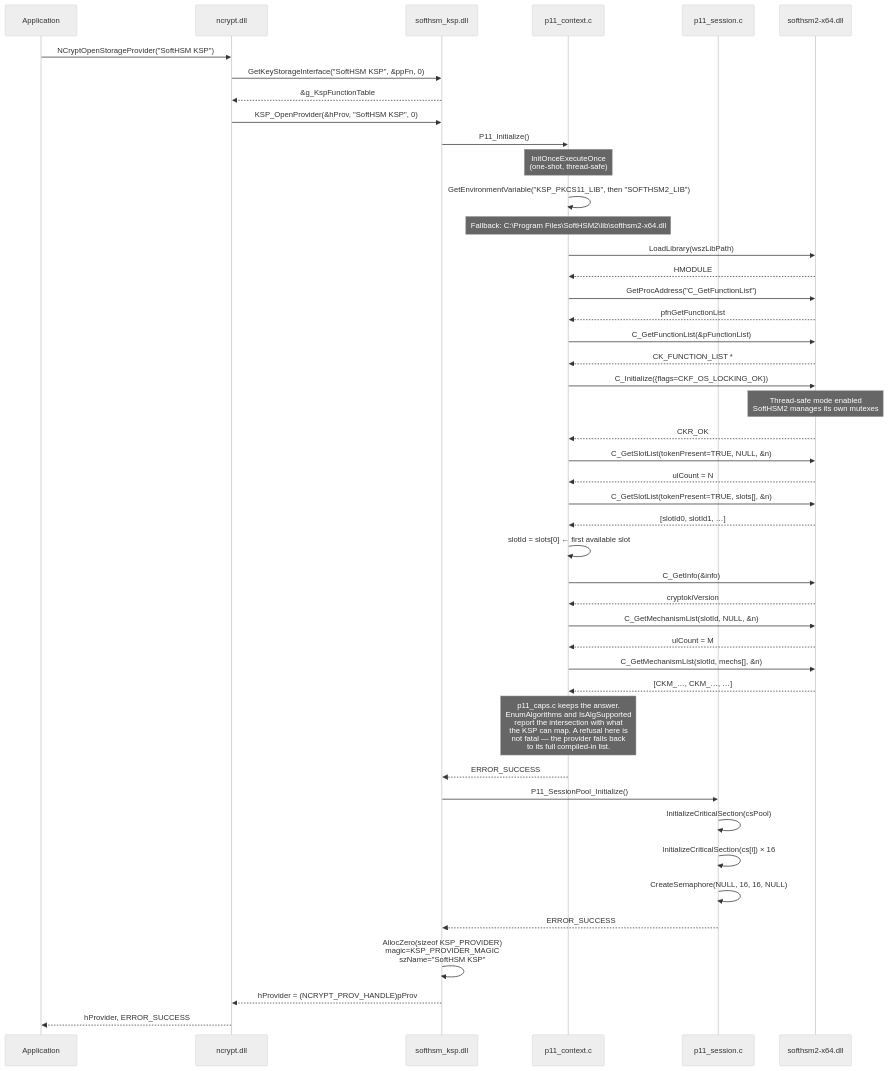
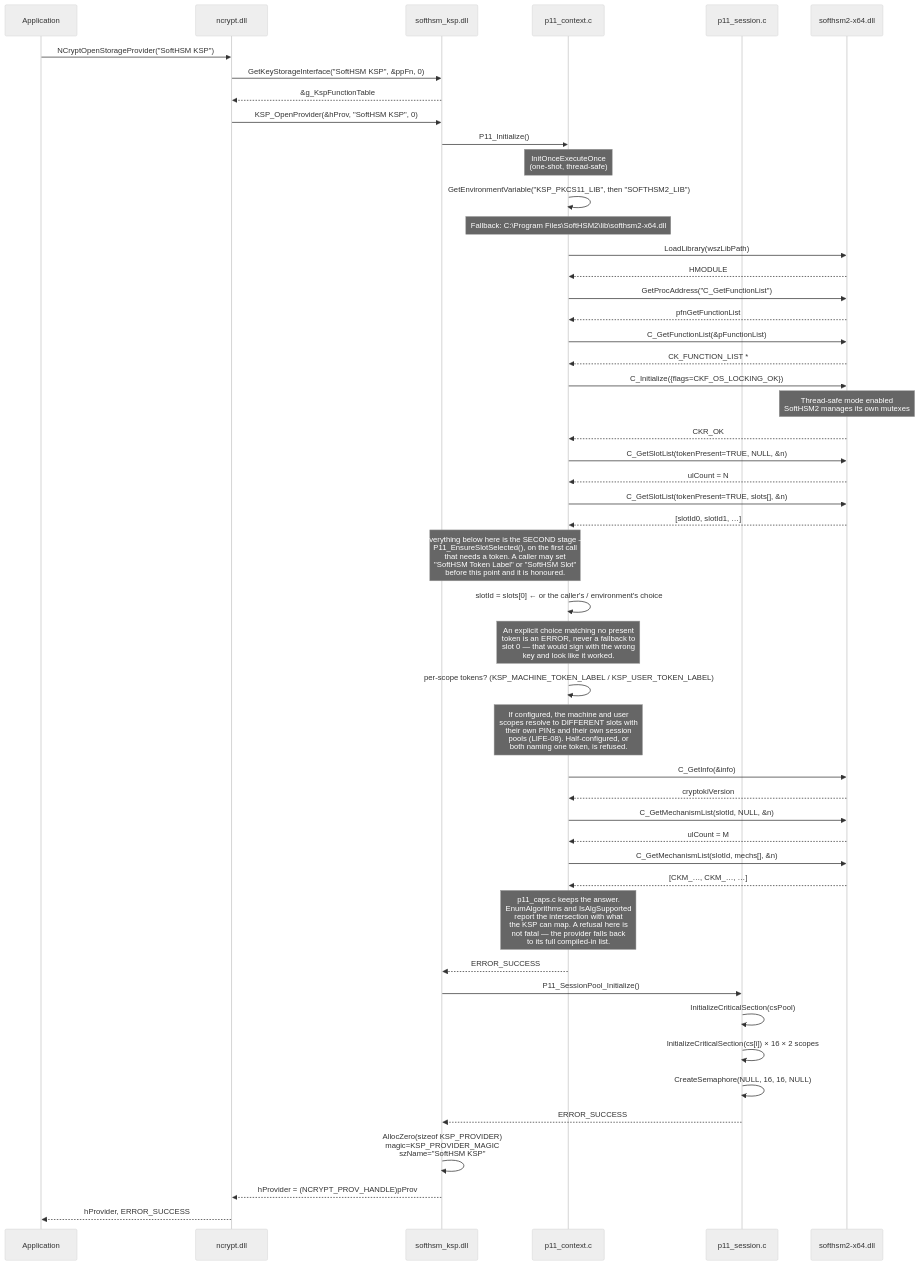
The first of 4 diagrams in softhsm_ksp/docs/02-initialisation.md (Gaillotte/Noida), drawn with Mermaid (neutral theme) before and after one commit. The commit also changed other lines of this file and 51 other files, not shown here.

````diff
--- a/softhsm_ksp/docs/02-initialisation.md
+++ b/softhsm_ksp/docs/02-initialisation.md
@@ -14,64 +32,70 @@
 ```mermaid
 sequenceDiagram
     participant App as Application
     participant NCrypt as ncrypt.dll
     participant KSP as softhsm_ksp.dll
     participant P11Ctx as p11_context.c
     participant Pool as p11_session.c
     participant HSM as softhsm2-x64.dll
 
     App->>NCrypt: NCryptOpenStorageProvider("SoftHSM KSP")
     NCrypt->>KSP: GetKeyStorageInterface("SoftHSM KSP", &ppFn, 0)
     KSP-->>NCrypt: &g_KspFunctionTable
 
     NCrypt->>KSP: KSP_OpenProvider(&hProv, "SoftHSM KSP", 0)
 
     KSP->>P11Ctx: P11_Initialize()
     note over P11Ctx: InitOnceExecuteOnce<br/>(one-shot, thread-safe)
 
     P11Ctx->>P11Ctx: GetEnvironmentVariable("KSP_PKCS11_LIB", then "SOFTHSM2_LIB")
     note over P11Ctx: Fallback: C:\Program Files\SoftHSM2\lib\softhsm2-x64.dll
 
     P11Ctx->>HSM: LoadLibrary(wszLibPath)
     HSM-->>P11Ctx: HMODULE
 
     P11Ctx->>HSM: GetProcAddress("C_GetFunctionList")
     HSM-->>P11Ctx: pfnGetFunctionList
 
     P11Ctx->>HSM: C_GetFunctionList(&pFunctionList)
     HSM-->>P11Ctx: CK_FUNCTION_LIST *
 
     P11Ctx->>HSM: C_Initialize({flags=CKF_OS_LOCKING_OK})
     note over HSM: Thread-safe mode enabled<br/>SoftHSM2 manages its own mutexes
     HSM-->>P11Ctx: CKR_OK
 
     P11Ctx->>HSM: C_GetSlotList(tokenPresent=TRUE, NULL, &n)
     HSM-->>P11Ctx: ulCount = N
 
     P11Ctx->>HSM: C_GetSlotList(tokenPresent=TRUE, slots[], &n)
     HSM-->>P11Ctx: [slotId0, slotId1, …]
 
-    P11Ctx->>P11Ctx: slotId = slots[0]  ← first available slot
+    note over KSP,P11Ctx: Everything below here is the SECOND stage —<br/>P11_EnsureSlotSelected(), on the first call<br/>that needs a token. A caller may set<br/>"SoftHSM Token Label" or "SoftHSM Slot"<br/>before this point and it is honoured.
+
+    P11Ctx->>P11Ctx: slotId = slots[0]  ← or the caller's / environment's choice
+    note over P11Ctx: An explicit choice matching no present<br/>token is an ERROR, never a fallback to<br/>slot 0 — that would sign with the wrong<br/>key and look like it worked.
+
+    P11Ctx->>P11Ctx: per-scope tokens? (KSP_MACHINE_TOKEN_LABEL / KSP_USER_TOKEN_LABEL)
+    note over P11Ctx: If configured, the machine and user<br/>scopes resolve to DIFFERENT slots with<br/>their own PINs and their own session<br/>pools (LIFE-08). Half-configured, or<br/>both naming one token, is refused.
 
     P11Ctx->>HSM: C_GetInfo(&info)
     HSM-->>P11Ctx: cryptokiVersion
 
     P11Ctx->>HSM: C_GetMechanismList(slotId, NULL, &n)
     HSM-->>P11Ctx: ulCount = M
 
     P11Ctx->>HSM: C_GetMechanismList(slotId, mechs[], &n)
     HSM-->>P11Ctx: [CKM_…, CKM_…, …]
     note over P11Ctx: p11_caps.c keeps the answer.<br/>EnumAlgorithms and IsAlgSupported<br/>report the intersection with what<br/>the KSP can map. A refusal here is<br/>not fatal — the provider falls back<br/>to its full compiled-in list.
 
     P11Ctx-->>KSP: ERROR_SUCCESS
 
     KSP->>Pool: P11_SessionPool_Initialize()
     Pool->>Pool: InitializeCriticalSection(csPool)
-    Pool->>Pool: InitializeCriticalSection(cs[i]) × 16
+    Pool->>Pool: InitializeCriticalSection(cs[i]) × 16 × 2 scopes
     Pool->>Pool: CreateSemaphore(NULL, 16, 16, NULL)
     Pool-->>KSP: ERROR_SUCCESS
 
     KSP->>KSP: AllocZero(sizeof KSP_PROVIDER)<br/>magic=KSP_PROVIDER_MAGIC<br/>szName="SoftHSM KSP"
     KSP-->>NCrypt: hProvider = (NCRYPT_PROV_HANDLE)pProv
     NCrypt-->>App: hProvider, ERROR_SUCCESS
 ```
````
